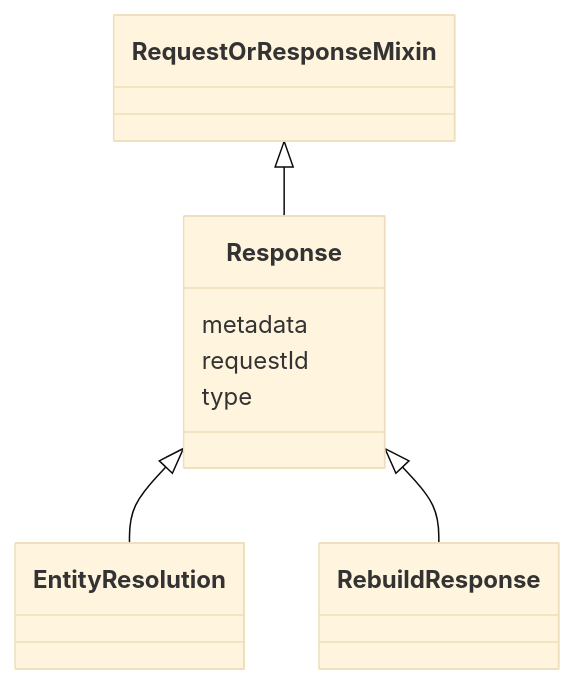
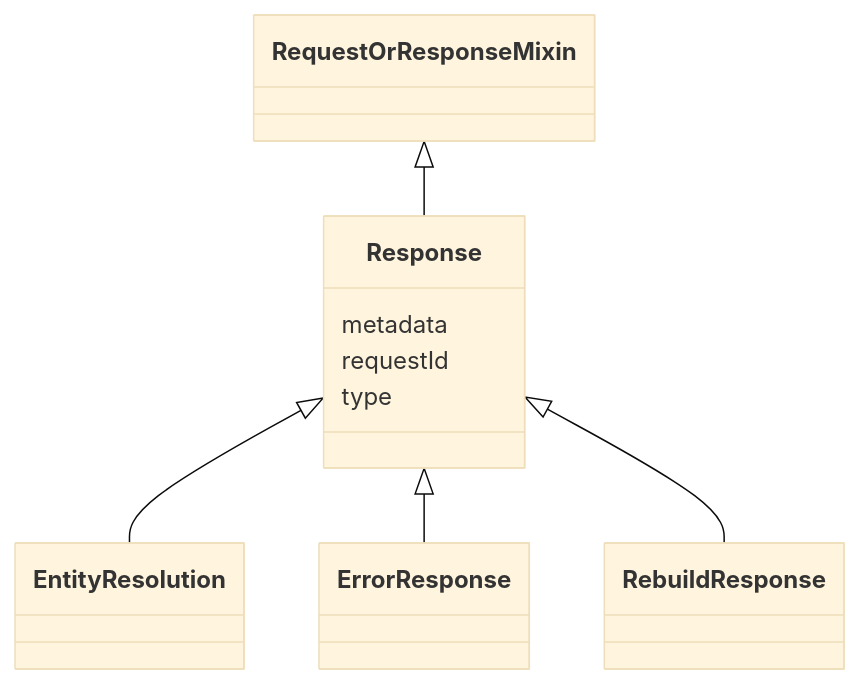
The diagram in docs/schema/Response.md (meaningfy-ws/er-system), drawn with Mermaid (base theme) before and after one commit. The commit also changed other lines of this file and 14 other files, not shown here.

Commit message:
feat (ere schema): add ErrorResponse to the schema

````diff
--- a/docs/schema/Response.md
+++ b/docs/schema/Response.md
@@ -22,22 +22,24 @@
 ```mermaid
  classDiagram
     class Response
     click Response href "../Response/"
       RequestOrResponseMixin <|-- Response
         click RequestOrResponseMixin href "../RequestOrResponseMixin/"
       
 
       Response <|-- EntityResolution
         click EntityResolution href "../EntityResolution/"
+      Response <|-- ErrorResponse
+        click ErrorResponse href "../ErrorResponse/"
       Response <|-- RebuildResponse
         click RebuildResponse href "../RebuildResponse/"
       
 
       Response : metadata
         
       Response : requestId
         
       Response : type
         
       
 ```
````
